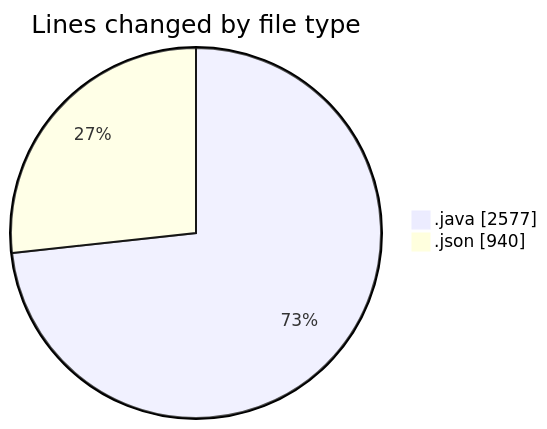
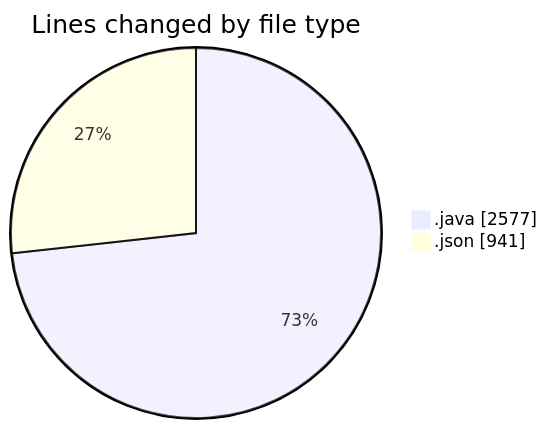
Before and after one commit to ricardozamudiocil/code-tracking: the first of 2 diagrams in 2026-04-28/cilapp/README.md, drawn with Mermaid. The commit also changed other lines of this file and 1 other file, not shown here.

````diff
--- a/2026-04-28/cilapp/README.md
+++ b/2026-04-28/cilapp/README.md
@@ -23,6 +23,6 @@
 ```mermaid
 pie showData
 title Lines changed by file type
 ".java" : 2577
-".json" : 940
+".json" : 941
 ```
````
